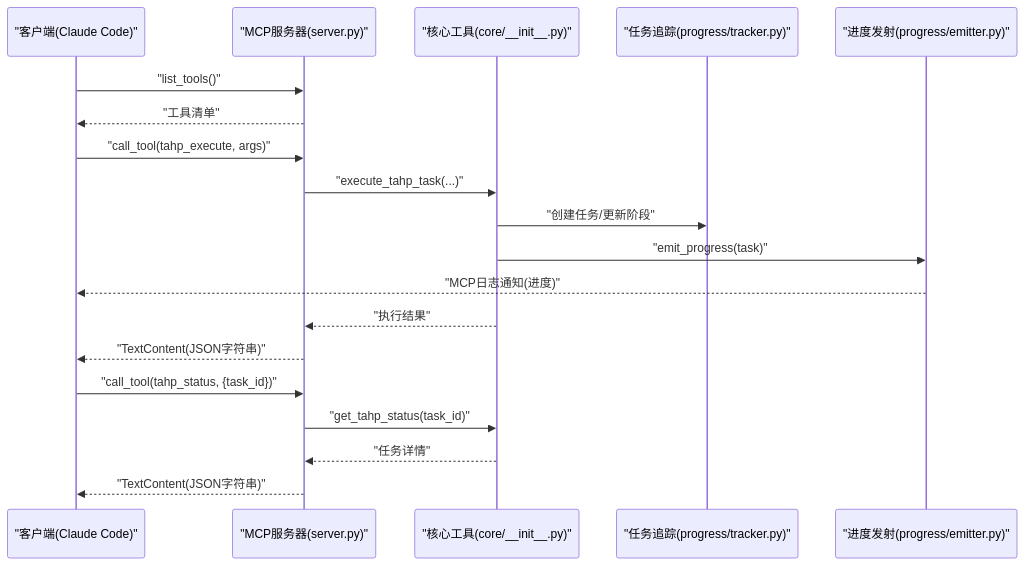
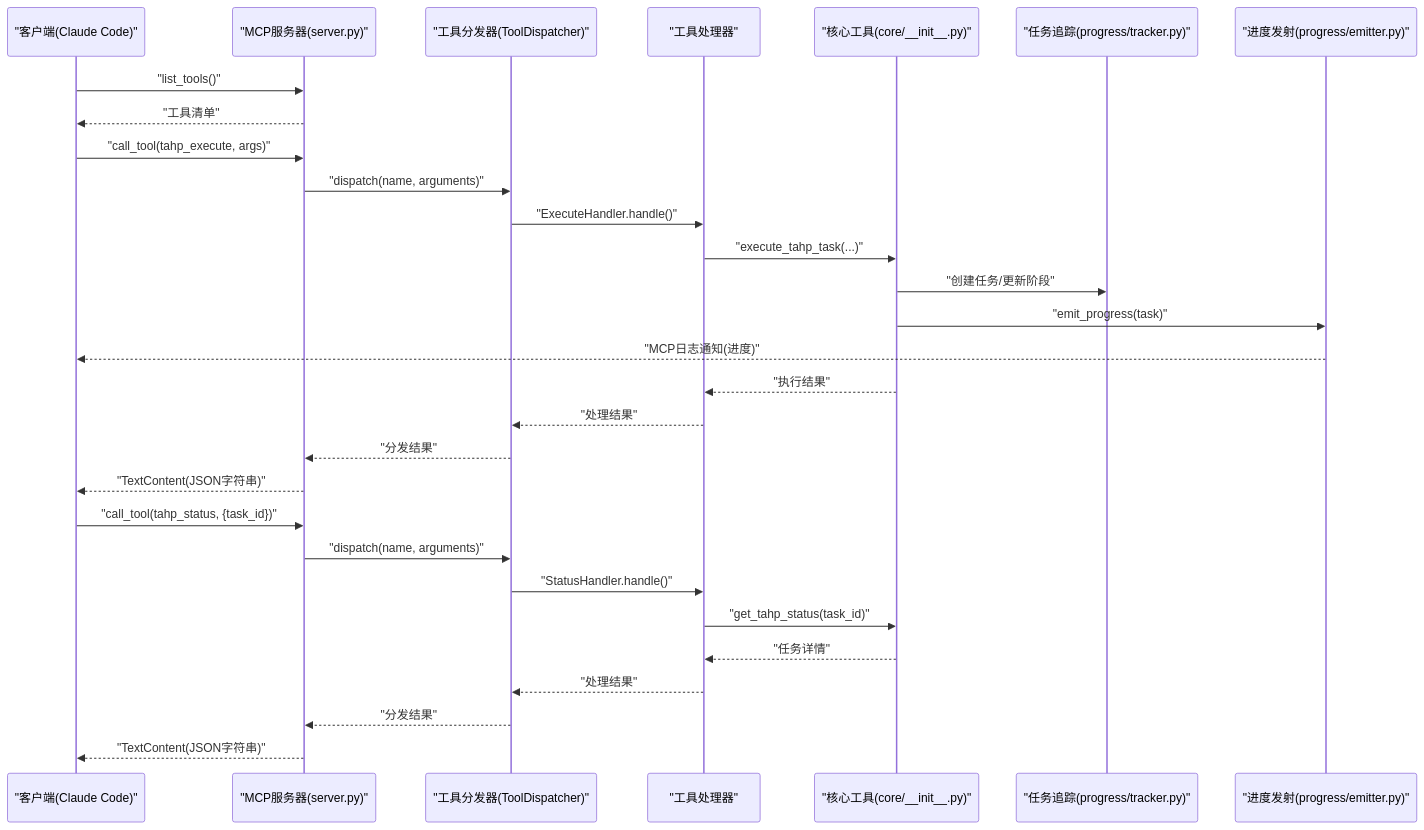
One commit to afcartevil/automated-test-script changed the second of 7 diagrams in .qoder/repowiki/zh/content/MCP服务器系统/MCP服务器系统.md. Above: the diagram before and after it, drawn with Mermaid. The commit also changed other lines of this file and 12 other files, not shown here.

````diff
--- a/.qoder/repowiki/zh/content/MCP服务器系统/MCP服务器系统.md
+++ b/.qoder/repowiki/zh/content/MCP服务器系统/MCP服务器系统.md
@@ -110,21 +184,31 @@
 ```mermaid
 sequenceDiagram
 participant Client as "客户端(Claude Code)"
 participant Server as "MCP服务器(server.py)"
+participant Dispatcher as "工具分发器(ToolDispatcher)"
+participant Handler as "工具处理器"
 participant Core as "核心工具(core/__init__.py)"
 participant Tracker as "任务追踪(progress/tracker.py)"
 participant Emitter as "进度发射(progress/emitter.py)"
 Client->>Server : "list_tools()"
 Server-->>Client : "工具清单"
 Client->>Server : "call_tool(tahp_execute, args)"
-Server->>Core : "execute_tahp_task(...)"
+Server->>Dispatcher : "dispatch(name, arguments)"
+Dispatcher->>Handler : "ExecuteHandler.handle()"
+Handler->>Core : "execute_tahp_task(...)"
 Core->>Tracker : "创建任务/更新阶段"
 Core->>Emitter : "emit_progress(task)"
 Emitter-->>Client : "MCP日志通知(进度)"
-Core-->>Server : "执行结果"
+Core-->>Handler : "执行结果"
+Handler-->>Dispatcher : "处理结果"
+Dispatcher-->>Server : "分发结果"
 Server-->>Client : "TextContent(JSON字符串)"
 Client->>Server : "call_tool(tahp_status, {task_id})"
-Server->>Core : "get_tahp_status(task_id)"
-Core-->>Server : "任务详情"
+Server->>Dispatcher : "dispatch(name, arguments)"
+Dispatcher->>Handler : "StatusHandler.handle()"
+Handler->>Core : "get_tahp_status(task_id)"
+Core-->>Handler : "任务详情"
+Handler-->>Dispatcher : "处理结果"
+Dispatcher-->>Server : "分发结果"
 Server-->>Client : "TextContent(JSON字符串)"
 ```
````
